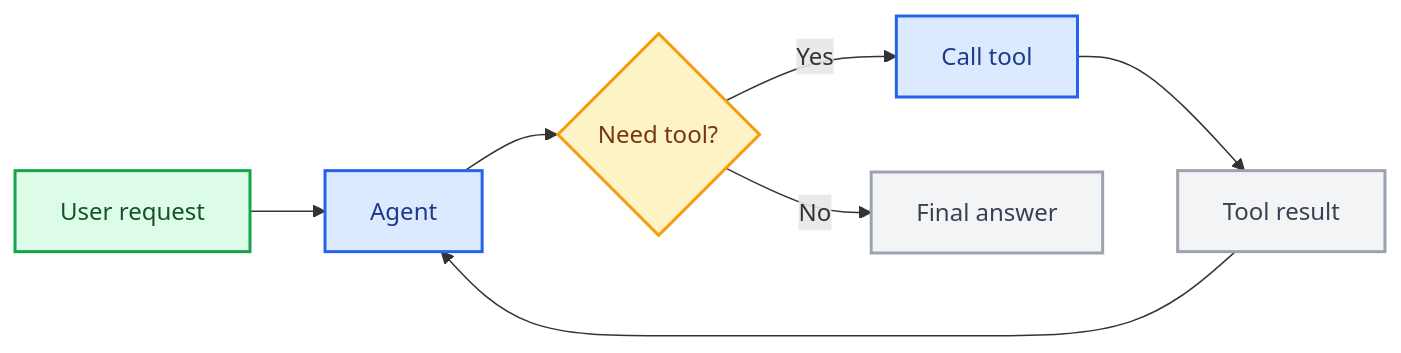
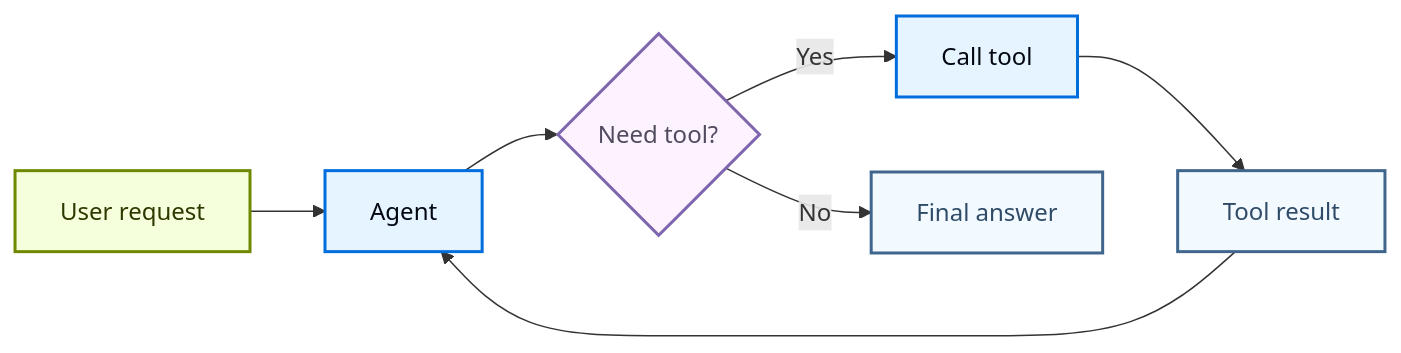
The third of 4 diagrams in build/oss/javascript/langchain/component-architecture.mdx (meirk-brd/docs), drawn with Mermaid before and after one commit. The commit also changed other lines of this file and 111 other files, not shown here.

````diff
--- a/build/oss/javascript/langchain/component-architecture.mdx
+++ b/build/oss/javascript/langchain/component-architecture.mdx
@@ -109,19 +109,19 @@
 ```mermaid
 graph LR
     A[User request] --> B[Agent]
     B --> C{Need tool?}
     C -->|Yes| D[Call tool]
     D --> E[Tool result]
     E --> B
     C -->|No| F[Final answer]
 
-    classDef trigger fill:#DCFCE7,stroke:#16A34A,stroke-width:2px,color:#14532D
-    classDef process fill:#DBEAFE,stroke:#2563EB,stroke-width:2px,color:#1E3A8A
-    classDef decision fill:#FEF3C7,stroke:#F59E0B,stroke-width:2px,color:#78350F
-    classDef neutral fill:#F3F4F6,stroke:#9CA3AF,stroke-width:2px,color:#374151
+    classDef trigger fill:#F6FFDB,stroke:#6E8900,stroke-width:2px,color:#2E3900
+    classDef process fill:#E5F4FF,stroke:#006DDD,stroke-width:2px,color:#030710
+    classDef decision fill:#FDF3FF,stroke:#7E65AE,stroke-width:2px,color:#504B5F
+    classDef neutral fill:#F2FAFF,stroke:#40668D,stroke-width:2px,color:#2F4B68
 
     class A trigger
     class B,D process
     class C decision
     class E,F neutral
 ```
````
